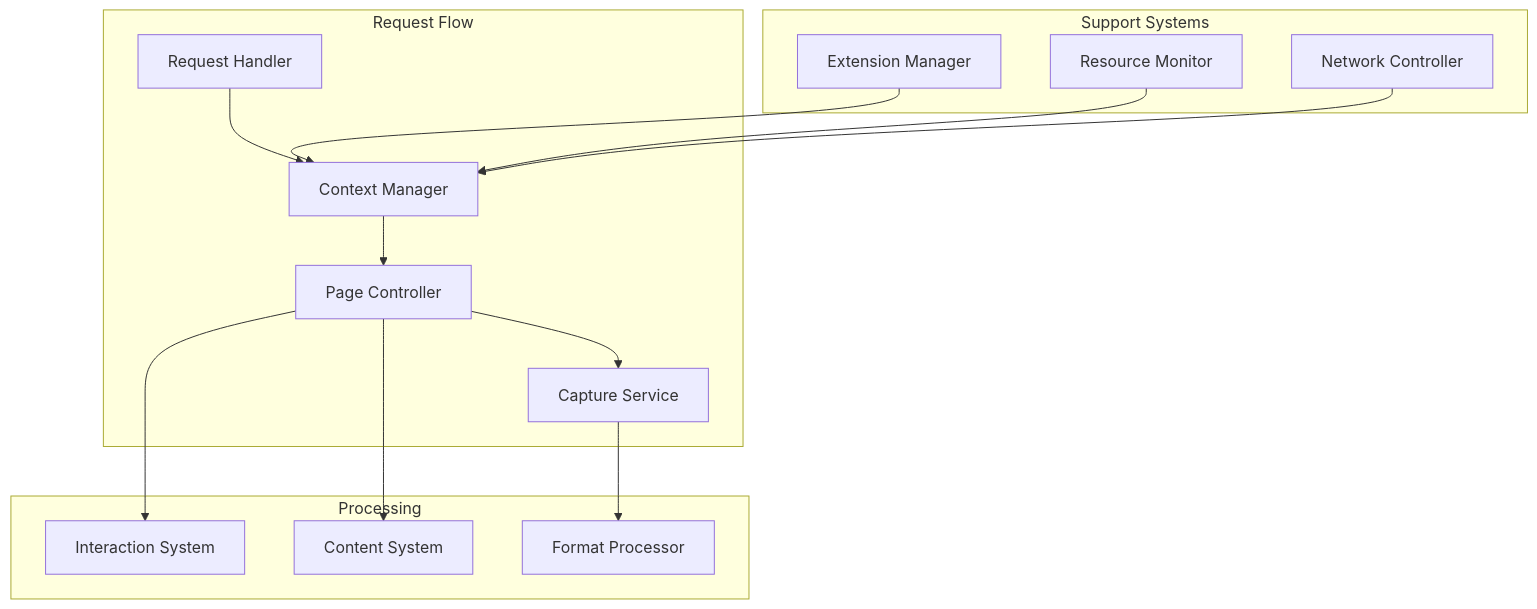
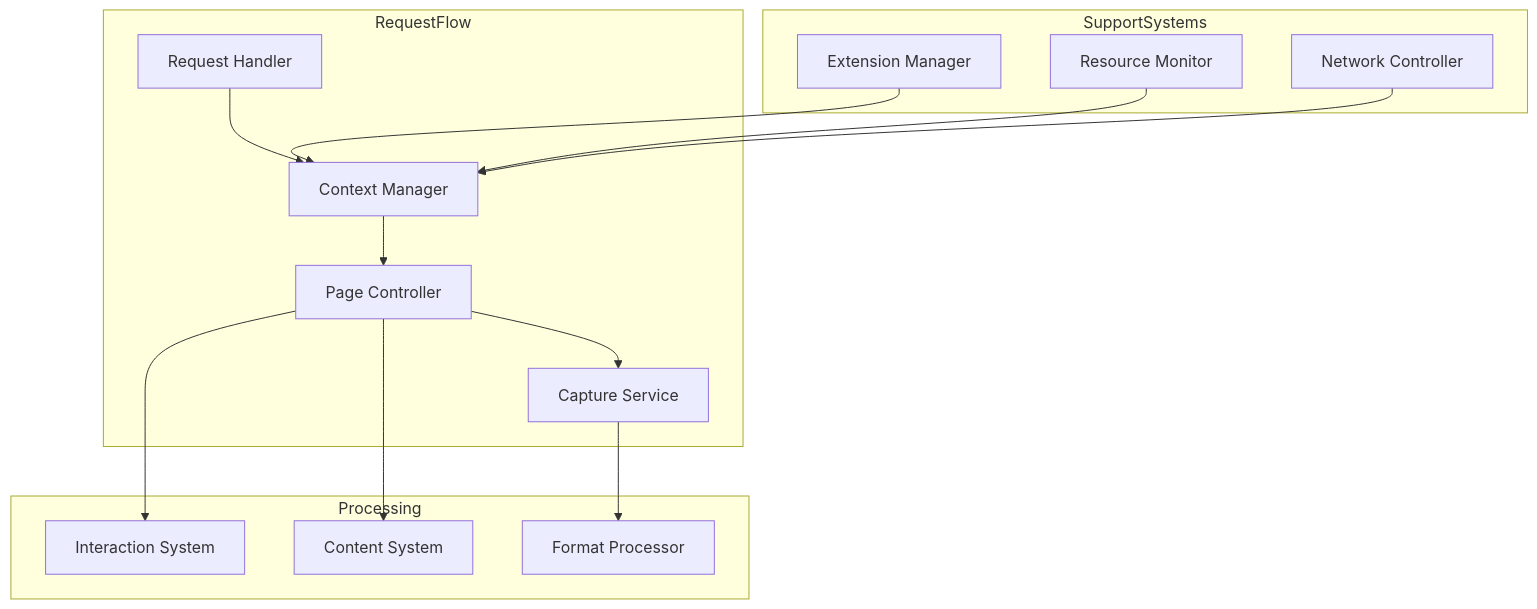
One commit to pixashot/docs changed the third of 6 diagrams in core-concepts/index.md. Above: the diagram before and after it, drawn with Mermaid. The commit also changed other lines of this file and 2 other files, not shown here.

Commit message:
Fixed mermaid graphs

````diff
--- a/core-concepts/index.md
+++ b/core-concepts/index.md
@@ -110,21 +109,20 @@
 ```mermaid
 graph TD
-    subgraph "Request Flow"
+    subgraph RequestFlow
         A[Request Handler] --> B[Context Manager]
         B --> C[Page Controller]
         C --> D[Capture Service]
     end
     
-    subgraph "Support Systems"
+    subgraph SupportSystems
         E[Extension Manager] --> B
         F[Resource Monitor] --> B
-    
         G[Network Controller] --> B
     end
     
-    subgraph "Processing"
+    subgraph Processing
         C --> H[Interaction System]
         C --> I[Content System]
         D --> J[Format Processor]
     end
 ```
````
